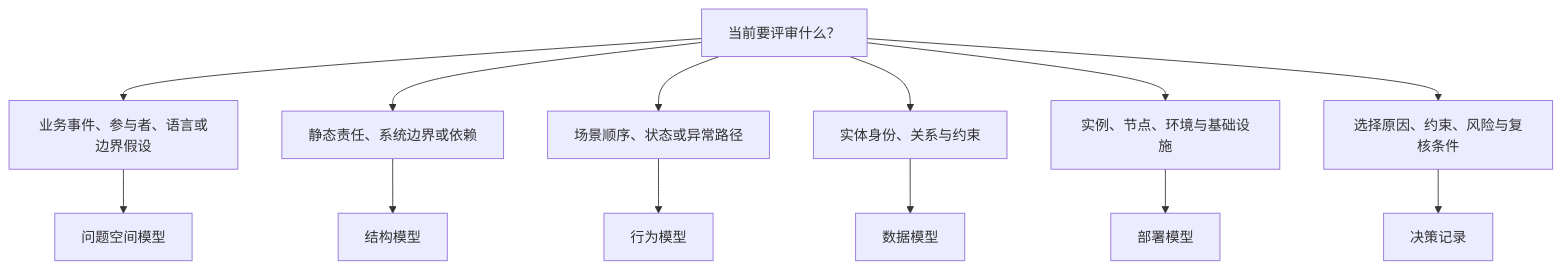
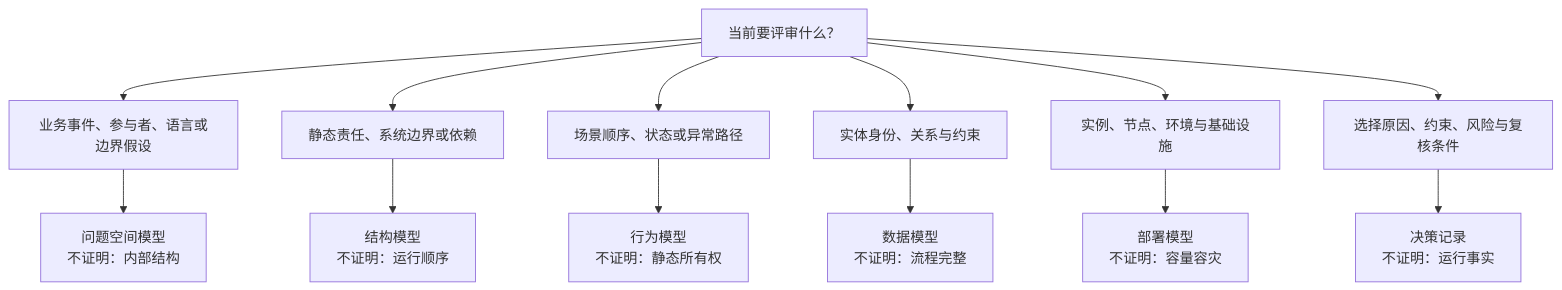
The diagram in content/modeling/mod-01-model-selection-overview.mdx (sealday/tego-arch), drawn with Mermaid before and after one commit. The commit also changed other lines of this file and 20 other files, not shown here.

````diff
--- a/content/modeling/mod-01-model-selection-overview.mdx
+++ b/content/modeling/mod-01-model-selection-overview.mdx
@@ -52,15 +54,15 @@
 ```mermaid
 flowchart TD
   Q["当前要评审什么？"] --> P["业务事件、参与者、语言或边界假设"]
   Q --> S["静态责任、系统边界或依赖"]
   Q --> B["场景顺序、状态或异常路径"]
   Q --> D["实体身份、关系与约束"]
   Q --> E["实例、节点、环境与基础设施"]
   Q --> R["选择原因、约束、风险与复核条件"]
-  P --> PM["问题空间模型"]
-  S --> SM["结构模型"]
-  B --> BM["行为模型"]
-  D --> DM["数据模型"]
-  E --> EM["部署模型"]
-  R --> RM["决策记录"]
+  P --> PM["问题空间模型<br/>不证明：内部结构"]
+  S --> SM["结构模型<br/>不证明：运行顺序"]
+  B --> BM["行为模型<br/>不证明：静态所有权"]
+  D --> DM["数据模型<br/>不证明：流程完整"]
+  E --> EM["部署模型<br/>不证明：容量容灾"]
+  R --> RM["决策记录<br/>不证明：运行事实"]
 ```
````
